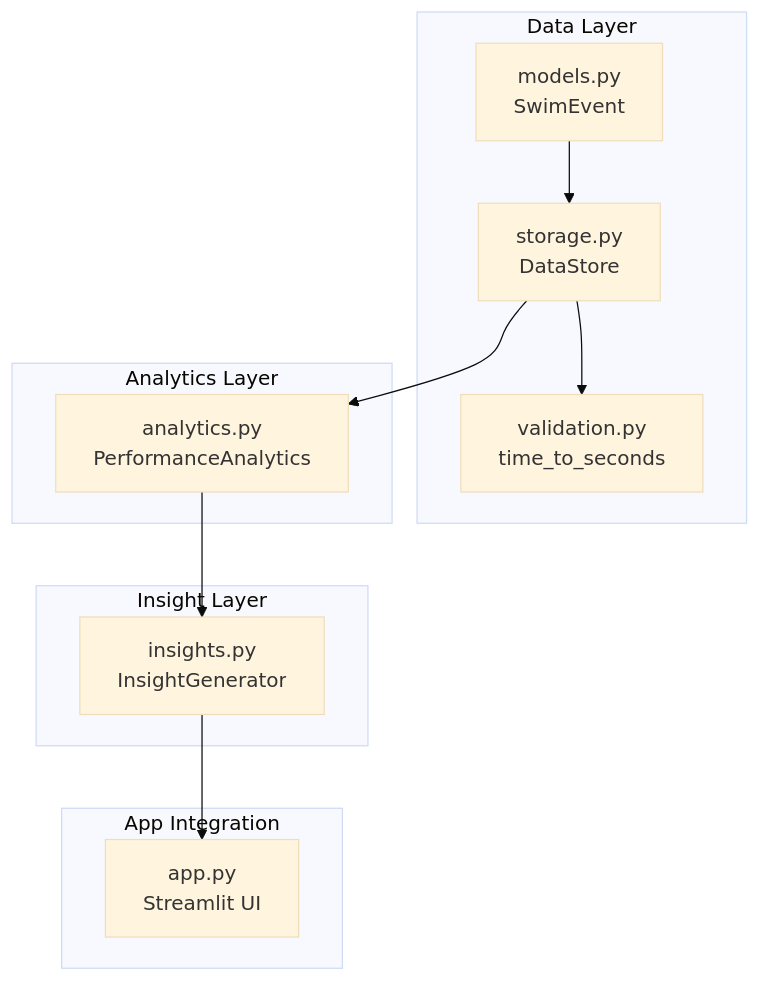
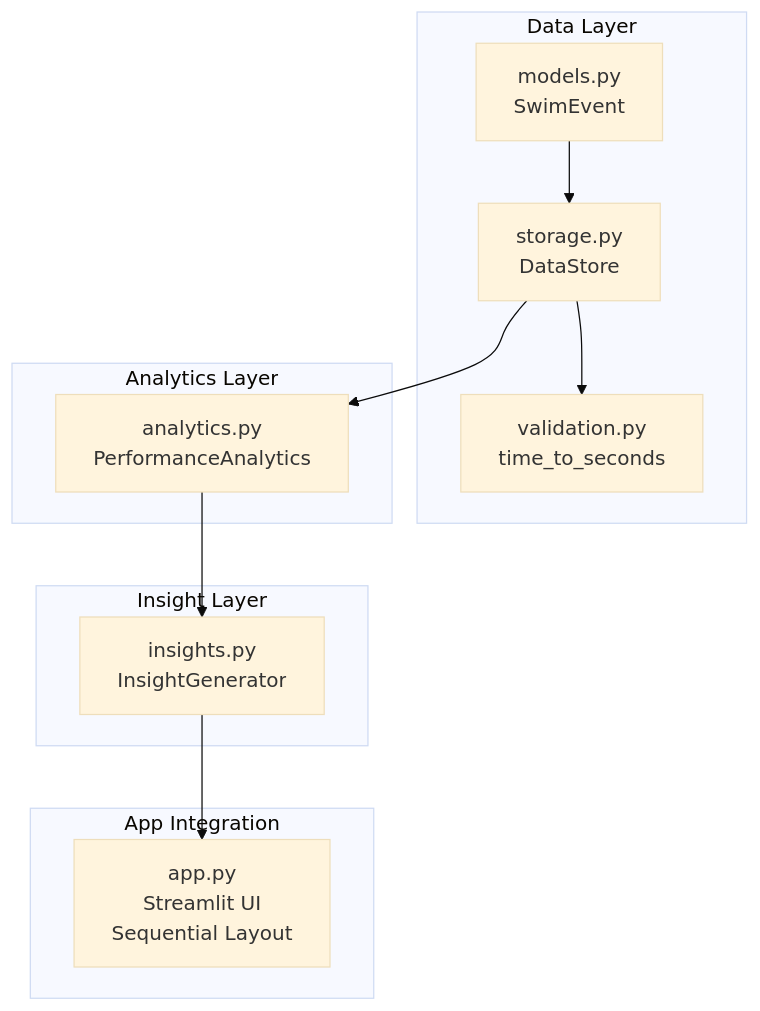
One commit to Johnny22056/SwimingStatus changed the first of 12 diagrams in .qoder/repowiki/en/content/Feature Modules/Insight Generation.md. Above: the diagram before and after it, drawn with Mermaid (base theme). The commit also changed other lines of this file and 4 other files, not shown here.

First line of the commit message:
feat: UI modernization - dark theme, KPI cards, chart subtitles, table & button styling

````diff
--- a/.qoder/repowiki/en/content/Feature Modules/Insight Generation.md
+++ b/.qoder/repowiki/en/content/Feature Modules/Insight Generation.md
@@ -41,22 +51,22 @@
 ```mermaid
 graph TB
 subgraph "Data Layer"
 M["models.py<br/>SwimEvent"]
 S["storage.py<br/>DataStore"]
 V["validation.py<br/>time_to_seconds"]
 end
 subgraph "Analytics Layer"
 A["analytics.py<br/>PerformanceAnalytics"]
 end
 subgraph "Insight Layer"
 I["insights.py<br/>InsightGenerator"]
 end
 subgraph "App Integration"
-APP["app.py<br/>Streamlit UI"]
+APP["app.py<br/>Streamlit UI<br/>Sequential Layout"]
 end
 M --> S
 S --> V
 S --> A
 A --> I
 I --> APP
 ```
````
